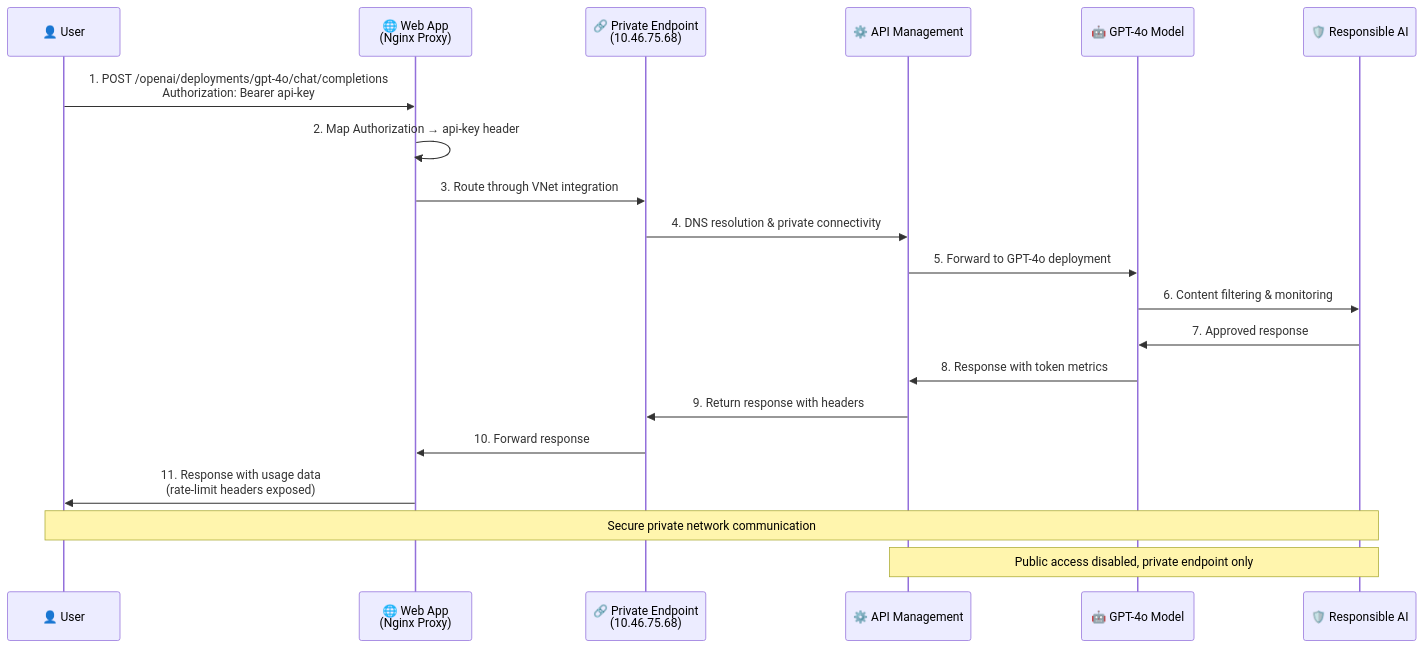
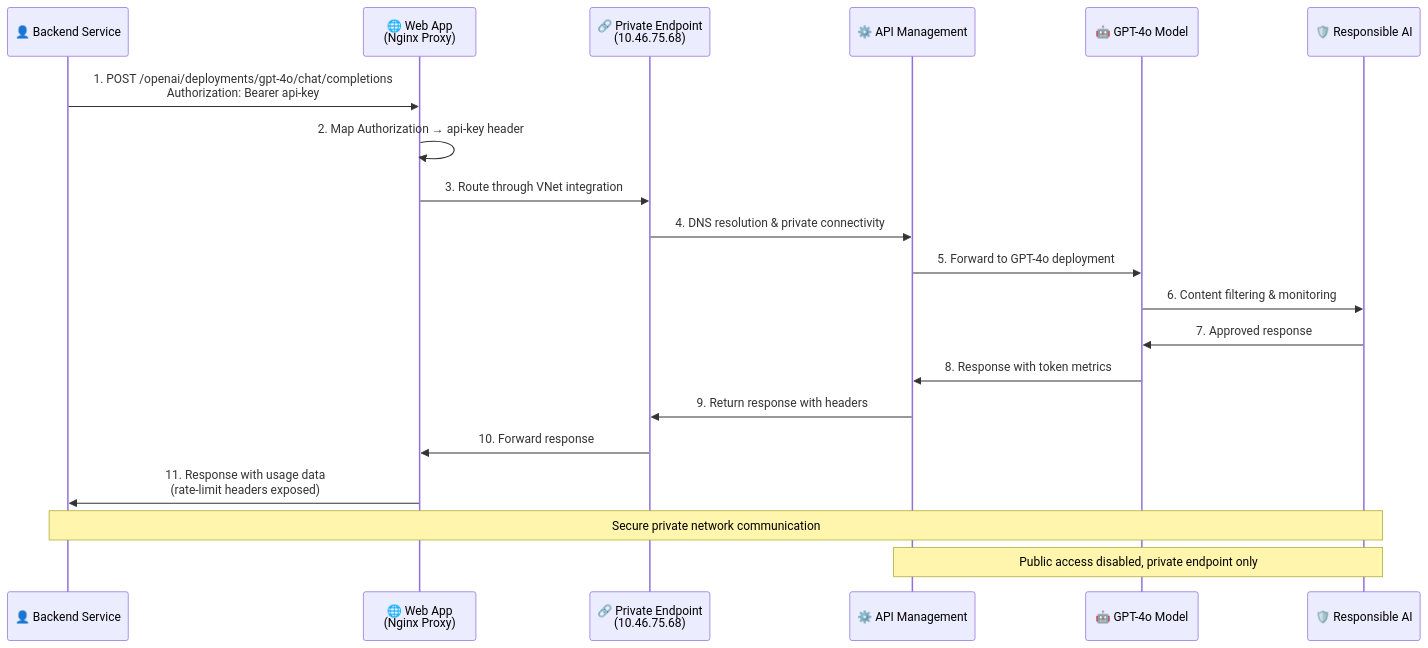
The second of 3 diagrams in RECAP-Architecture-Diagram.md (bcgov/RECAP), drawn with Mermaid before and after one commit. The commit also changed other lines of this file, not shown here.

Commit message:
Update architecture diagram with OpenShift Container Platform integration

````diff
--- a/RECAP-Architecture-Diagram.md
+++ b/RECAP-Architecture-Diagram.md
@@ -81,24 +92,24 @@
 ```mermaid
 sequenceDiagram
-    participant U as 👤 User
+    participant U as 👤 Backend Service
     participant W as 🌐 Web App<br/>(Nginx Proxy)
     participant P as 🔗 Private Endpoint<br/>(10.46.75.68)
     participant A as ⚙️ API Management
     participant G as 🤖 GPT-4o Model
     participant R as 🛡️ Responsible AI
     
     U->>W: 1. POST /openai/deployments/gpt-4o/chat/completions<br/>Authorization: Bearer api-key
     W->>W: 2. Map Authorization → api-key header
     W->>P: 3. Route through VNet integration
     P->>A: 4. DNS resolution & private connectivity
     A->>G: 5. Forward to GPT-4o deployment
     G->>R: 6. Content filtering & monitoring
     R->>G: 7. Approved response
     G->>A: 8. Response with token metrics
     A->>P: 9. Return response with headers
     P->>W: 10. Forward response
     W->>U: 11. Response with usage data<br/>(rate-limit headers exposed)
     
     Note over U,R: Secure private network communication
     Note over A,R: Public access disabled, private endpoint only
 ```
````
